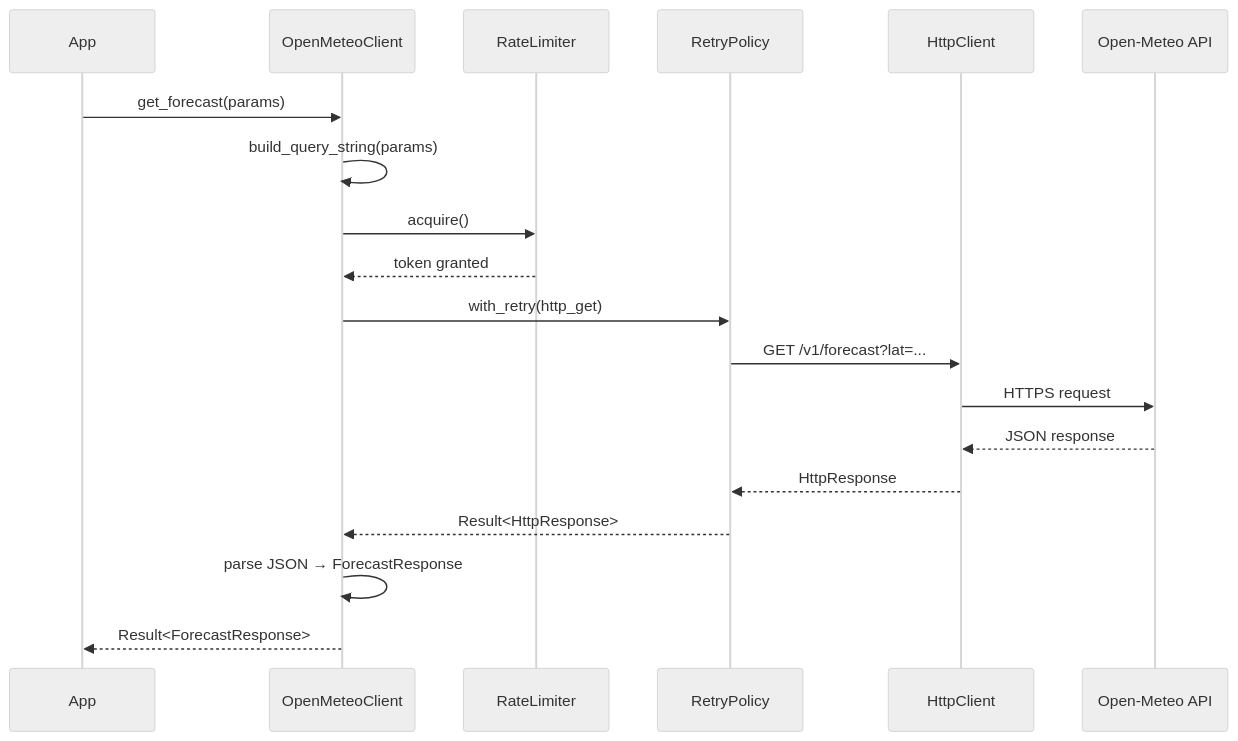
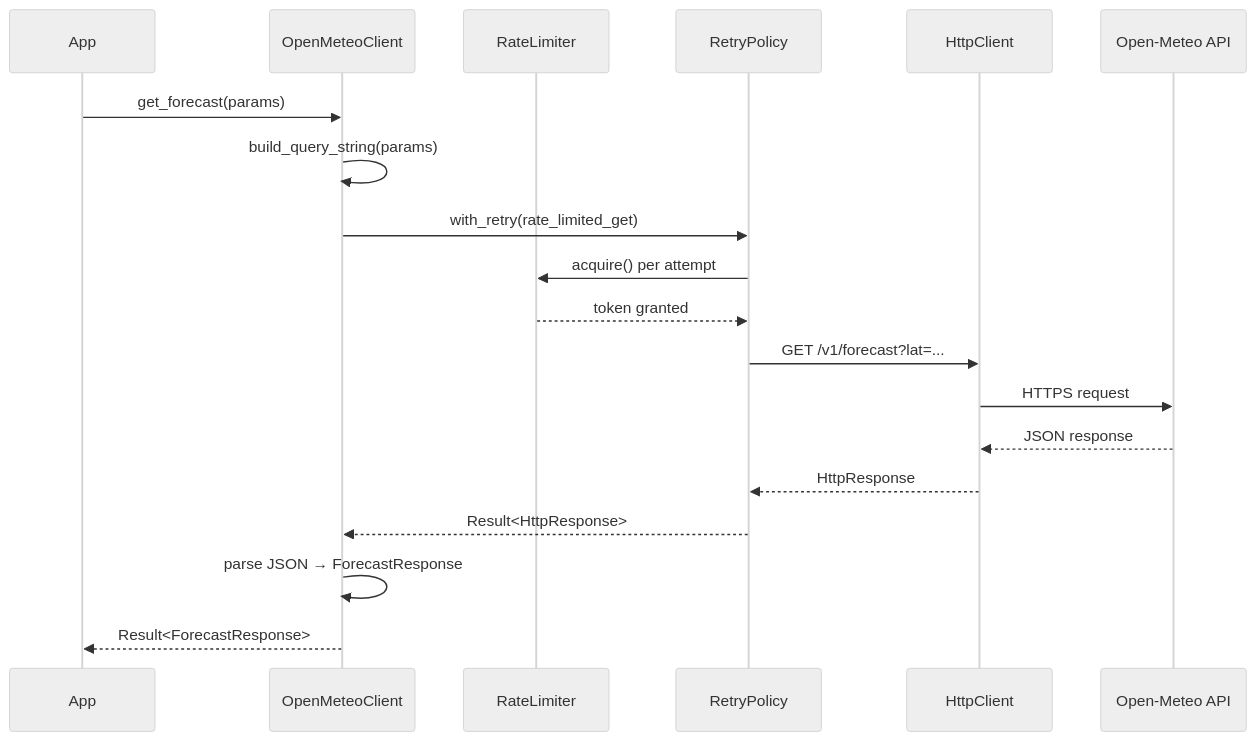
The second of 2 diagrams in README.md (Reddimus/open-meteo-cpp), drawn with Mermaid (neutral theme) before and after one commit. The commit also changed other lines of this file and 34 other files, not shown here.

````diff
--- a/README.md
+++ b/README.md
@@ -155,22 +163,22 @@
 ```mermaid
 sequenceDiagram
     participant App
     participant Client as OpenMeteoClient
     participant RL as RateLimiter
     participant Retry as RetryPolicy
     participant HTTP as HttpClient
     participant API as Open-Meteo API
 
     App->>Client: get_forecast(params)
     Client->>Client: build_query_string(params)
-    Client->>RL: acquire()
-    RL-->>Client: token granted
-    Client->>Retry: with_retry(http_get)
+    Client->>Retry: with_retry(rate_limited_get)
+    Retry->>RL: acquire() per attempt
+    RL-->>Retry: token granted
     Retry->>HTTP: GET /v1/forecast?lat=...
     HTTP->>API: HTTPS request
     API-->>HTTP: JSON response
     HTTP-->>Retry: HttpResponse
     Retry-->>Client: Result<HttpResponse>
     Client->>Client: parse JSON → ForecastResponse
     Client-->>App: Result<ForecastResponse>
 ```
````
